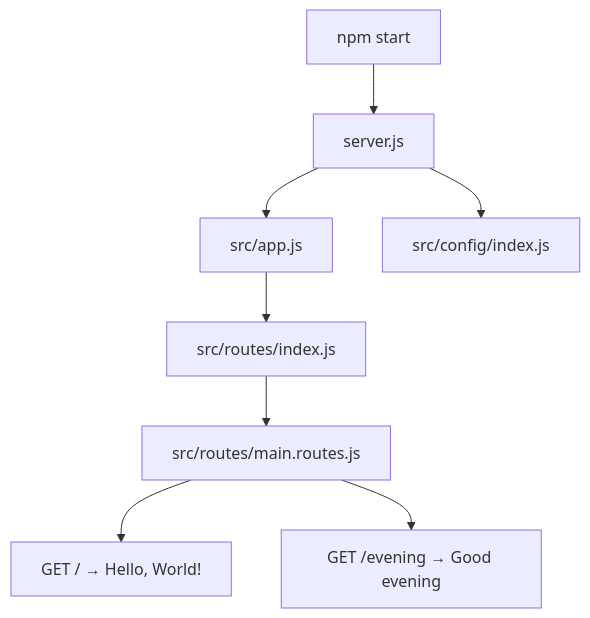
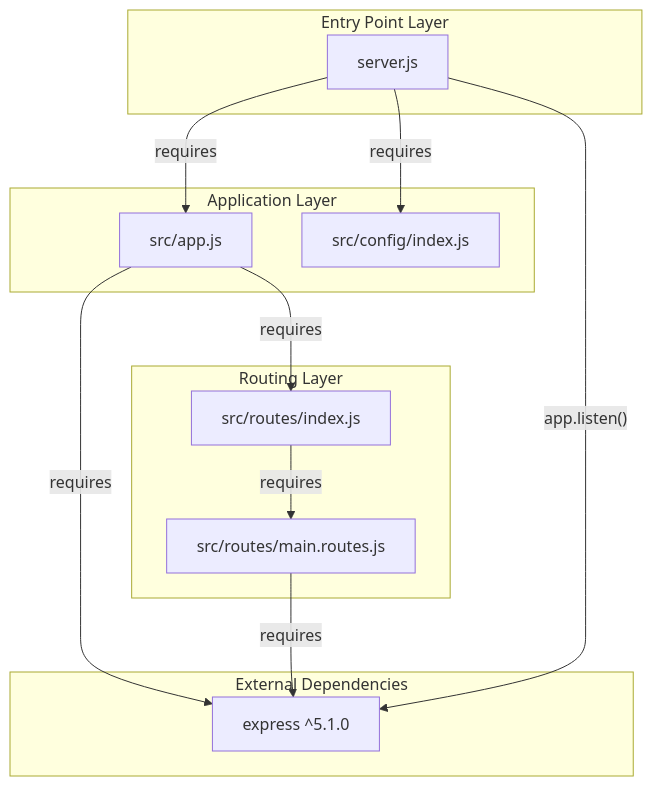
The first of 2 diagrams in blitzy/documentation/Technical Specifications.md (sudhanshu-spec/test-spec), drawn with Mermaid before and after one commit. The commit also changed other lines of this file, not shown here.

````diff
--- a/blitzy/documentation/Technical Specifications.md
+++ b/blitzy/documentation/Technical Specifications.md
@@ -406,10 +317,29 @@
 ```mermaid
-graph TD
-    A[npm start] --> B[server.js]
-    B --> C[src/app.js]
-    C --> D[src/routes/index.js]
-    D --> E[src/routes/main.routes.js]
-    B --> F[src/config/index.js]
-    E --> G["GET / → Hello, World!"]
-    E --> H["GET /evening → Good evening"]
+graph TB
+    subgraph EntryPoint["Entry Point Layer"]
+        SERVER["server.js"]
+    end
+    
+    subgraph ApplicationLayer["Application Layer"]
+        APP["src/app.js"]
+        CONFIG["src/config/index.js"]
+    end
+    
+    subgraph RoutingLayer["Routing Layer"]
+        ROUTES_IDX["src/routes/index.js"]
+        ROUTES_MAIN["src/routes/main.routes.js"]
+    end
+    
+    subgraph ExternalDeps["External Dependencies"]
+        EXPRESS["express ^5.1.0"]
+    end
+    
+    SERVER -->|"requires"| APP
+    SERVER -->|"requires"| CONFIG
+    APP -->|"requires"| EXPRESS
+    APP -->|"requires"| ROUTES_IDX
+    ROUTES_IDX -->|"requires"| ROUTES_MAIN
+    ROUTES_MAIN -->|"requires"| EXPRESS
+    
+    SERVER -->|"app.listen()"| EXPRESS
 ```
````
